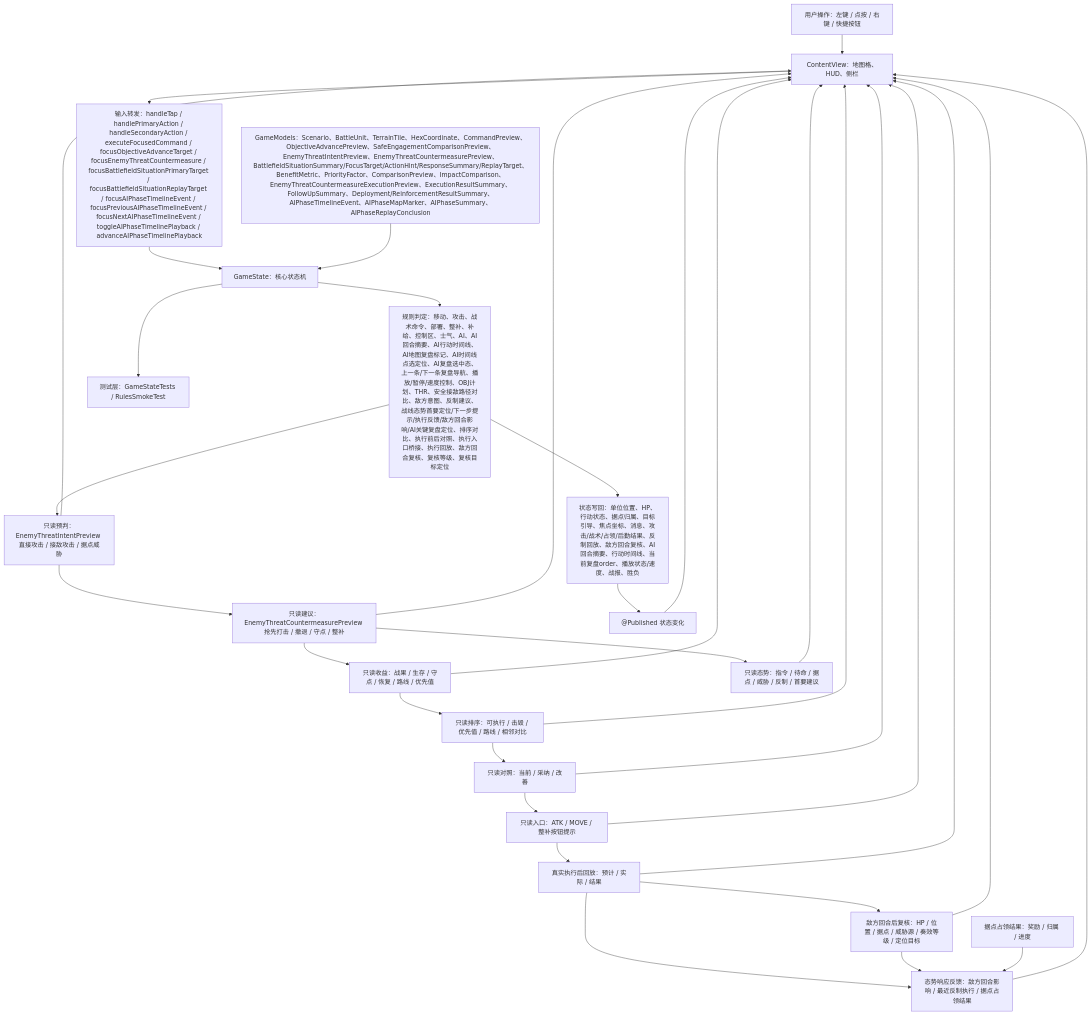
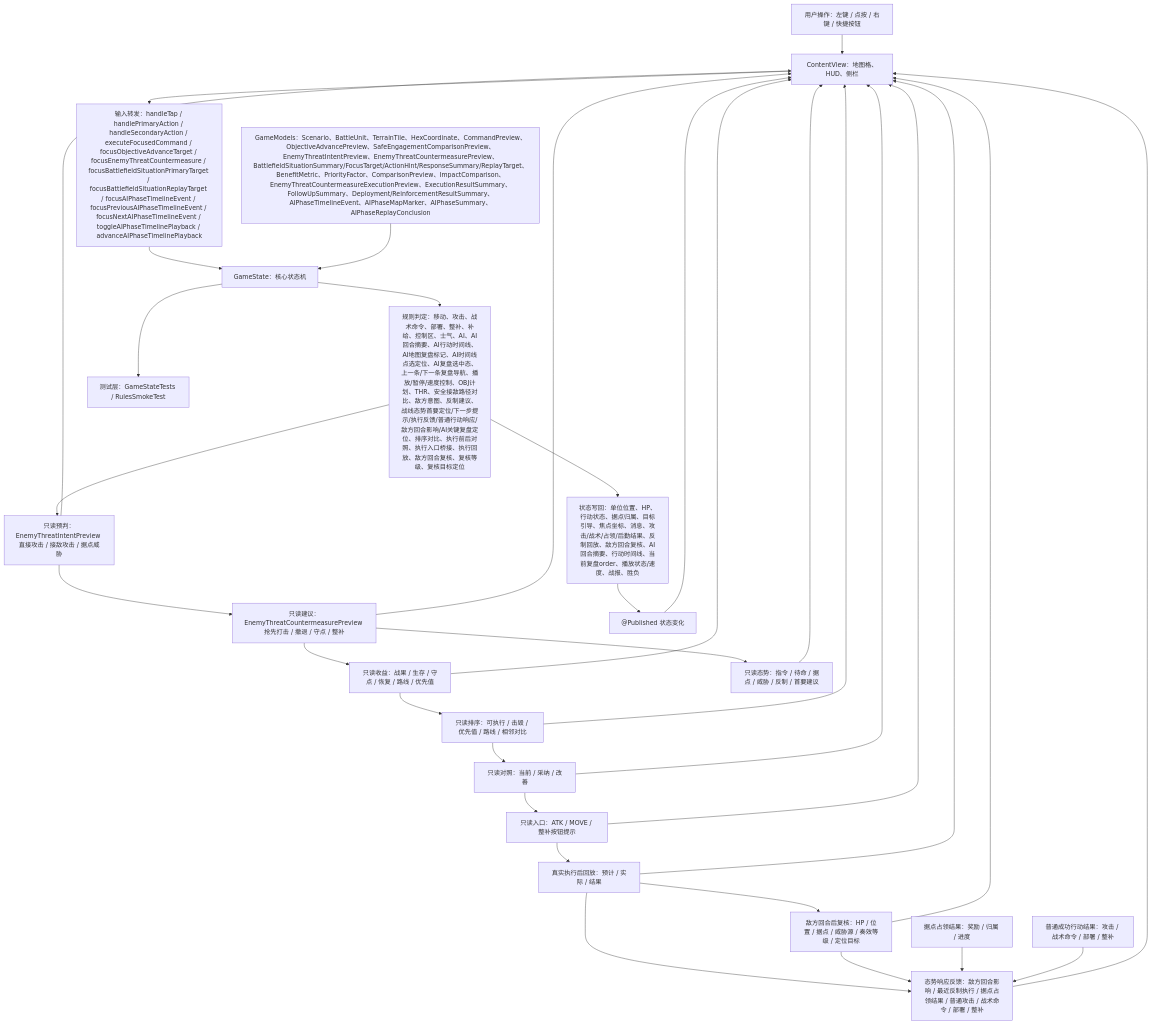
The first of 5 diagrams in md/flow/flowchart.md (Altman-sam114/116), drawn with Mermaid before and after one commit. The commit also changed other lines of this file and 11 other files, not shown here.

````diff
--- a/md/flow/flowchart.md
+++ b/md/flow/flowchart.md
@@ -9,34 +9,35 @@
 ```mermaid
 flowchart TD
   U["用户操作：左键 / 点按 / 右键 / 快捷按钮"] --> V["ContentView：地图格、HUD、侧栏"]
   V --> I["输入转发：handleTap / handlePrimaryAction / handleSecondaryAction / executeFocusedCommand / focusObjectiveAdvanceTarget / focusEnemyThreatCountermeasure / focusBattlefieldSituationPrimaryTarget / focusBattlefieldSituationReplayTarget / focusAIPhaseTimelineEvent / focusPreviousAIPhaseTimelineEvent / focusNextAIPhaseTimelineEvent / toggleAIPhaseTimelinePlayback / advanceAIPhaseTimelinePlayback"]
   I --> S["GameState：核心状态机"]
   M["GameModels：Scenario、BattleUnit、TerrainTile、HexCoordinate、CommandPreview、ObjectiveAdvancePreview、SafeEngagementComparisonPreview、EnemyThreatIntentPreview、EnemyThreatCountermeasurePreview、BattlefieldSituationSummary/FocusTarget/ActionHint/ResponseSummary/ReplayTarget、BenefitMetric、PriorityFactor、ComparisonPreview、ImpactComparison、EnemyThreatCountermeasureExecutionPreview、ExecutionResultSummary、FollowUpSummary、Deployment/ReinforcementResultSummary、AIPhaseTimelineEvent、AIPhaseMapMarker、AIPhaseSummary、AIPhaseReplayConclusion"] --> S
-  S --> R["规则判定：移动、攻击、战术命令、部署、整补、补给、控制区、士气、AI、AI回合摘要、AI行动时间线、AI地图复盘标记、AI时间线点选定位、AI复盘选中态、上一条/下一条复盘导航、播放/暂停/速度控制、OBJ计划、THR、安全接敌路径对比、敌方意图、反制建议、战线态势首要定位/下一步提示/执行反馈/敌方回合影响/AI关键复盘定位、排序对比、执行前后对照、执行入口桥接、执行回放、敌方回合复核、复核等级、复核目标定位"]
+  S --> R["规则判定：移动、攻击、战术命令、部署、整补、补给、控制区、士气、AI、AI回合摘要、AI行动时间线、AI地图复盘标记、AI时间线点选定位、AI复盘选中态、上一条/下一条复盘导航、播放/暂停/速度控制、OBJ计划、THR、安全接敌路径对比、敌方意图、反制建议、战线态势首要定位/下一步提示/执行反馈/普通行动响应/敌方回合影响/AI关键复盘定位、排序对比、执行前后对照、执行入口桥接、执行回放、敌方回合复核、复核等级、复核目标定位"]
   R --> W["状态写回：单位位置、HP、行动状态、据点归属、目标引导、焦点坐标、消息、攻击/战术/占领/后勤结果、反制回放、敌方回合复核、AI回合摘要、行动时间线、当前复盘order、播放状态/速度、战报、胜负"]
   R --> EI["只读预判：EnemyThreatIntentPreview 直接攻击 / 接敌攻击 / 据点威胁"]
   EI --> EC["只读建议：EnemyThreatCountermeasurePreview 抢先打击 / 撤退 / 守点 / 整补"]
   EC --> BM["只读收益：战果 / 生存 / 守点 / 恢复 / 路线 / 优先值"]
   BM --> PC["只读排序：可执行 / 击毁 / 优先值 / 路线 / 相邻对比"]
   PC --> IP["只读对照：当前 / 采纳 / 改善"]
   IP --> EB["只读入口：ATK / MOVE / 整补按钮提示"]
   EC --> BS["只读态势：指令 / 待命 / 据点 / 威胁 / 反制 / 首要建议"]
   EB --> XR["真实执行后回放：预计 / 实际 / 结果"]
-  XR --> BR["态势响应反馈：敌方回合影响 / 最近反制执行 / 据点占领结果"]
+  XR --> BR["态势响应反馈：敌方回合影响 / 最近反制执行 / 据点占领结果 / 普通攻击 / 战术命令 / 部署 / 整补"]
   XR --> FV["敌方回合后复核：HP / 位置 / 据点 / 威胁源 / 奏效等级 / 定位目标"]
   FV --> BR
   CAP["据点占领结果：奖励 / 归属 / 进度"] --> BR
+  ORD["普通成功行动结果：攻击 / 战术命令 / 部署 / 整补"] --> BR
   W --> P["@Published 状态变化"]
   P --> V
   EI --> V
   EC --> V
   BS --> V
   BR --> V
   BM --> V
   PC --> V
   IP --> V
   EB --> V
   XR --> V
   FV --> V
   S --> T["测试层：GameStateTests / RulesSmokeTest"]
 ```
````
